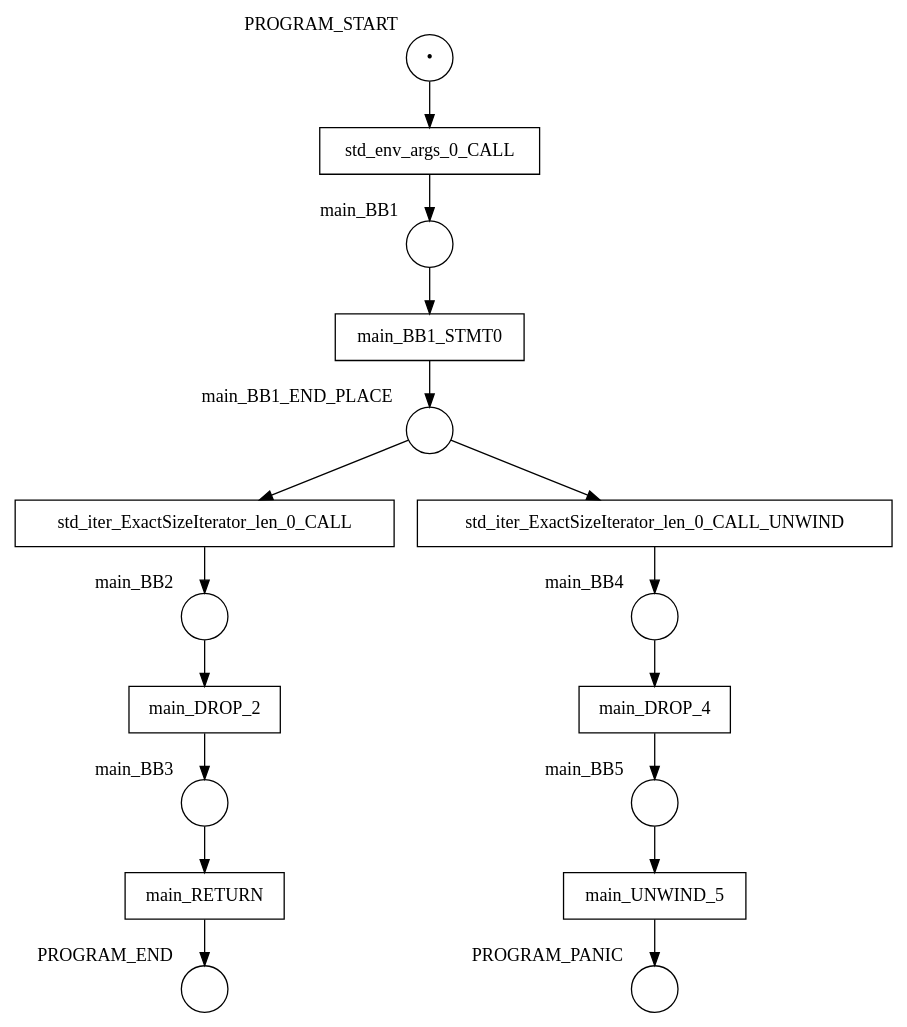
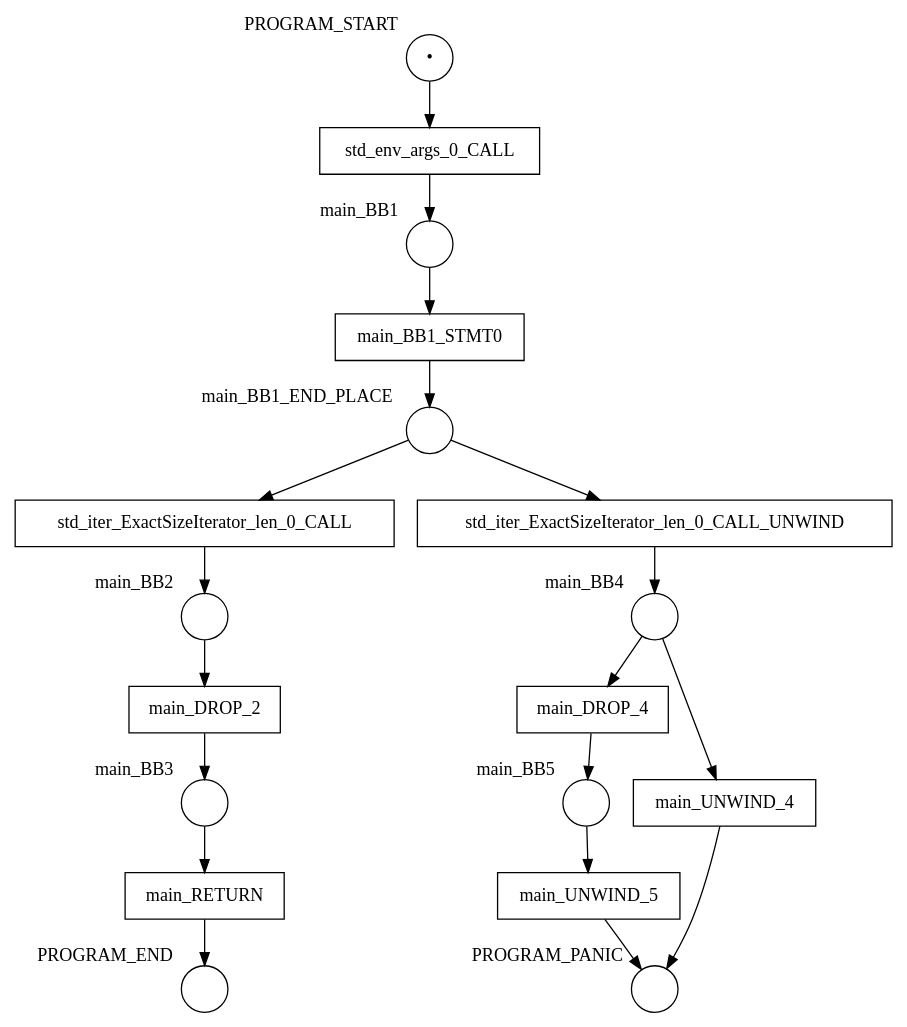
The diagram in examples/results/statement/match/net.dot (hlisdero/cargo-check-deadlock), drawn with Graphviz before and after one commit. The commit also changed 26 other files, not shown here.

```diff
--- a/examples/results/statement/match/net.dot
+++ b/examples/results/statement/match/net.dot
@@ -1,35 +1,38 @@
 digraph petrinet {
     PROGRAM_END [shape="circle" xlabel="PROGRAM_END" label=""];
     PROGRAM_PANIC [shape="circle" xlabel="PROGRAM_PANIC" label=""];
     PROGRAM_START [shape="circle" xlabel="PROGRAM_START" label="•"];
     main_BB1 [shape="circle" xlabel="main_BB1" label=""];
     main_BB1_END_PLACE [shape="circle" xlabel="main_BB1_END_PLACE" label=""];
     main_BB2 [shape="circle" xlabel="main_BB2" label=""];
     main_BB3 [shape="circle" xlabel="main_BB3" label=""];
     main_BB4 [shape="circle" xlabel="main_BB4" label=""];
     main_BB5 [shape="circle" xlabel="main_BB5" label=""];
     main_BB1_STMT0 [shape="box" xlabel="" label="main_BB1_STMT0"];
     main_DROP_2 [shape="box" xlabel="" label="main_DROP_2"];
     main_DROP_4 [shape="box" xlabel="" label="main_DROP_4"];
     main_RETURN [shape="box" xlabel="" label="main_RETURN"];
+    main_UNWIND_4 [shape="box" xlabel="" label="main_UNWIND_4"];
     main_UNWIND_5 [shape="box" xlabel="" label="main_UNWIND_5"];
     std_env_args_0_CALL [shape="box" xlabel="" label="std_env_args_0_CALL"];
     std_iter_ExactSizeIterator_len_0_CALL [shape="box" xlabel="" label="std_iter_ExactSizeIterator_len_0_CALL"];
     std_iter_ExactSizeIterator_len_0_CALL_UNWIND [shape="box" xlabel="" label="std_iter_ExactSizeIterator_len_0_CALL_UNWIND"];
     PROGRAM_START -> std_env_args_0_CALL;
     main_BB1 -> main_BB1_STMT0;
     main_BB1_END_PLACE -> std_iter_ExactSizeIterator_len_0_CALL;
     main_BB1_END_PLACE -> std_iter_ExactSizeIterator_len_0_CALL_UNWIND;
     main_BB2 -> main_DROP_2;
     main_BB3 -> main_RETURN;
     main_BB4 -> main_DROP_4;
+    main_BB4 -> main_UNWIND_4;
     main_BB5 -> main_UNWIND_5;
     main_BB1_STMT0 -> main_BB1_END_PLACE;
     main_DROP_2 -> main_BB3;
     main_DROP_4 -> main_BB5;
     main_RETURN -> PROGRAM_END;
+    main_UNWIND_4 -> PROGRAM_PANIC;
     main_UNWIND_5 -> PROGRAM_PANIC;
     std_env_args_0_CALL -> main_BB1;
     std_iter_ExactSizeIterator_len_0_CALL -> main_BB2;
     std_iter_ExactSizeIterator_len_0_CALL_UNWIND -> main_BB4;
 }
```
